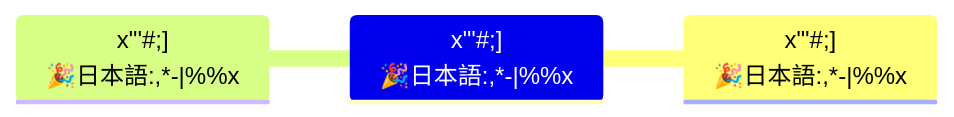
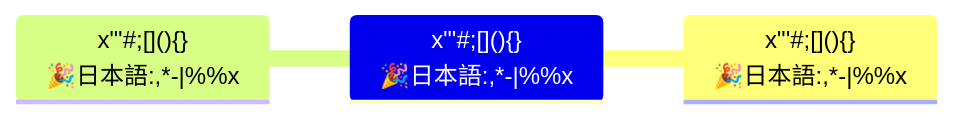
One commit to nao1215/markdown changed the diagram in doc/edgecase/mindmap.md. Above: the diagram before and after it, drawn with Mermaid. The commit also changed 4 other files, not shown here.

First line of the commit message:
fix(mermaid): escape the shape delimiters that lose a mindmap (#166)

````diff
--- a/doc/edgecase/mindmap.md
+++ b/doc/edgecase/mindmap.md
@@ -5,9 +5,9 @@
 ```mermaid
 ---
-title: "title \"'#;]🎉日本語:,*-|%%"
+title: "title \"'#;[](){}🎉日本語:,*-|%%"
 ---
 mindmap
-    x"'#;]<br/>🎉日本語:,*-|%%x
-        x"'#;]<br/>🎉日本語:,*-|%%x
-        x"'#;]<br/>🎉日本語:,*-|%%x
+    x"'#;#91;]#40;#41;#123;#125;<br/>🎉日本語:,*-|%%x
+        x"'#;#91;]#40;#41;#123;#125;<br/>🎉日本語:,*-|%%x
+        x"'#;#91;]#40;#41;#123;#125;<br/>🎉日本語:,*-|%%x
 ```
````
